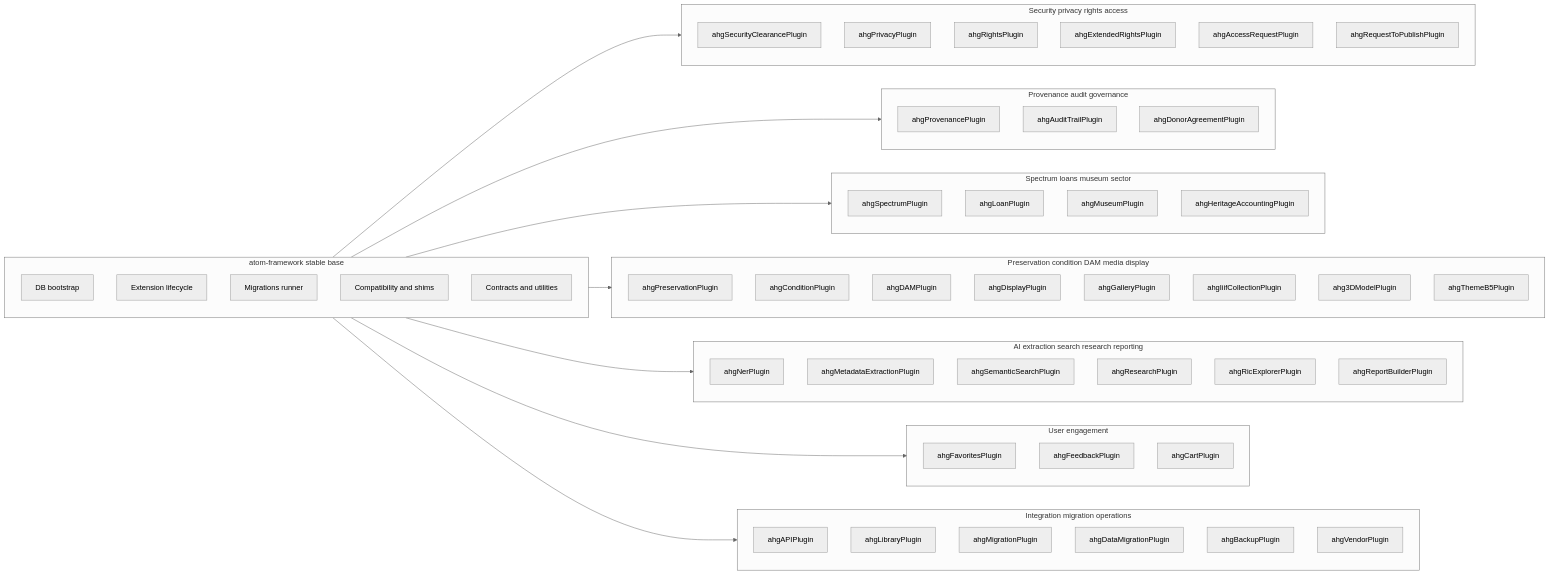
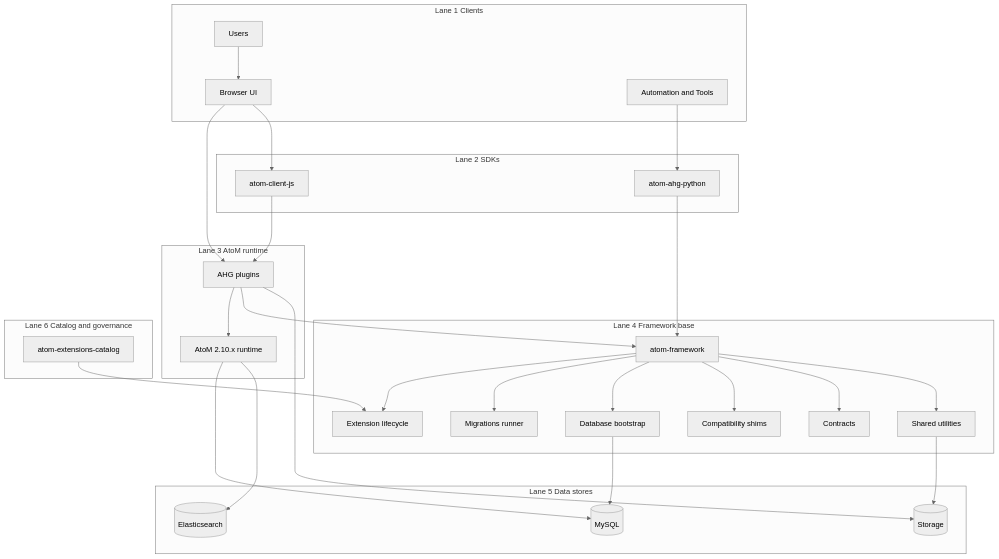
The second of 2 diagrams in profile/README.md (ArchiveHeritageGroup/.github), drawn with Mermaid (neutral theme) before and after one commit. The commit also changed other lines of this file, not shown here.

````diff
--- a/profile/README.md
+++ b/profile/README.md
@@ -182,76 +199,63 @@
 ```mermaid
-flowchart LR
+%%{init: {"flowchart":{"nodeSpacing":60,"rankSpacing":70}}}%%
+flowchart TB
 
-  subgraph FW["atom-framework stable base"]
-    F1[DB bootstrap]
-    F2[Extension lifecycle]
-    F3[Migrations runner]
-    F4[Compatibility and shims]
-    F5[Contracts and utilities]
+  subgraph L1["Lane 1 Clients"]
+    USERS[Users]
+    BROWSER[Browser UI]
+    AUTO[Automation and Tools]
   end
 
-  subgraph C1["Security privacy rights access"]
-    Psc[ahgSecurityClearancePlugin]
-    Ppr[ahgPrivacyPlugin]
-    Prt[ahgRightsPlugin]
-    Per[ahgExtendedRightsPlugin]
-    Par[ahgAccessRequestPlugin]
-    Prp[ahgRequestToPublishPlugin]
+  subgraph L2["Lane 2 SDKs"]
+    JS[atom-client-js]
+    PY[atom-ahg-python]
   end
 
-  subgraph C2["Provenance audit governance"]
-    Ppv[ahgProvenancePlugin]
-    Pat[ahgAuditTrailPlugin]
-    Pda[ahgDonorAgreementPlugin]
+  subgraph L3["Lane 3 AtoM runtime"]
+    PLUGINS[AHG plugins]
+    ATOM[AtoM 2.10.x runtime]
   end
 
-  subgraph C3["Spectrum loans museum sector"]
-    Psp[ahgSpectrumPlugin]
-    Plo[ahgLoanPlugin]
-    Pmu[ahgMuseumPlugin]
-    Pha[ahgHeritageAccountingPlugin]
+  subgraph L4["Lane 4 Framework base"]
+    FW[atom-framework]
+    EXT[Extension lifecycle]
+    MIG[Migrations runner]
+    DBB[Database bootstrap]
+    COMP[Compatibility shims]
+    CTR[Contracts]
+    UTIL[Shared utilities]
   end
 
-  subgraph C4["Preservation condition DAM media display"]
-    Pps[ahgPreservationPlugin]
-    Pco[ahgConditionPlugin]
-    Pdm[ahgDAMPlugin]
-    Pdp[ahgDisplayPlugin]
-    Pga[ahgGalleryPlugin]
-    Pii[ahgIiifCollectionPlugin]
-    P3d[ahg3DModelPlugin]
-    Pth[ahgThemeB5Plugin]
+  subgraph L5["Lane 5 Data stores"]
+    MYSQL[(MySQL)]
+    ES[(Elasticsearch)]
+    FS[(Storage)]
   end
 
-  subgraph C5["AI extraction search research reporting"]
-    Pnr[ahgNerPlugin]
-    Pmx[ahgMetadataExtractionPlugin]
-    Pss[ahgSemanticSearchPlugin]
-    Prs[ahgResearchPlugin]
-    Pric[ahgRicExplorerPlugin]
-    Prb[ahgReportBuilderPlugin]
+  subgraph L6["Lane 6 Catalog and governance"]
+    CAT[atom-extensions-catalog]
   end
 
-  subgraph C6["User engagement"]
-    Pfv[ahgFavoritesPlugin]
-    Pfb[ahgFeedbackPlugin]
-    Pct[ahgCartPlugin]
-  end
+  USERS --> BROWSER --> PLUGINS --> ATOM
+  AUTO --> PY
+  BROWSER --> JS
 
-  subgraph C7["Integration migration operations"]
-    Pap[ahgAPIPlugin]
-    Plb[ahgLibraryPlugin]
-    Pmg[ahgMigrationPlugin]
-    Pdmig[ahgDataMigrationPlugin]
-    Pbk[ahgBackupPlugin]
-    Pvd[ahgVendorPlugin]
-  end
+  PLUGINS --> FW
+  FW --> EXT
+  FW --> MIG
+  FW --> DBB
+  FW --> COMP
+  FW --> CTR
+  FW --> UTIL
 
-  FW --> C1
-  FW --> C2
-  FW --> C3
-  FW --> C4
-  FW --> C5
-  FW --> C6
-  FW --> C7
+  ATOM --> MYSQL
+  ATOM --> ES
+  PLUGINS --> FS
+  UTIL --> FS
+  DBB --> MYSQL
+
+  CAT --> EXT
+  JS --> PLUGINS
+  PY --> FW
+
   ```
````
